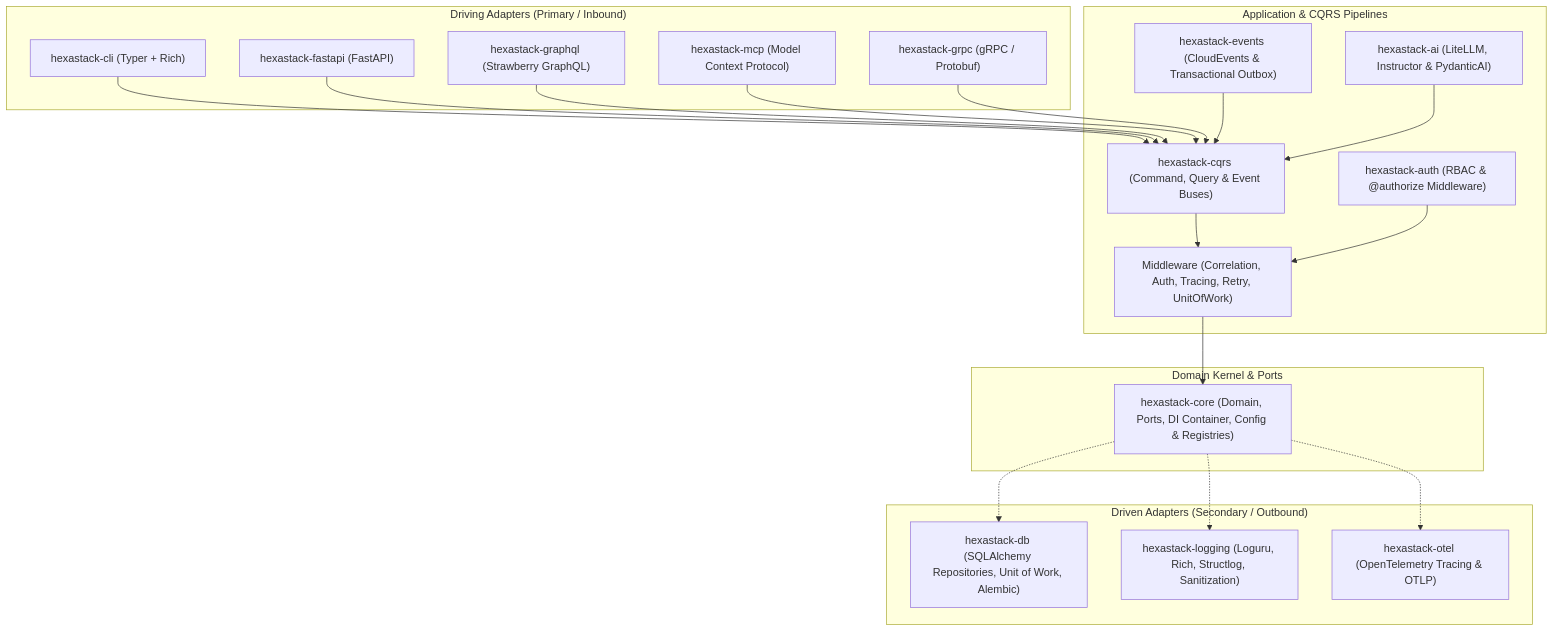
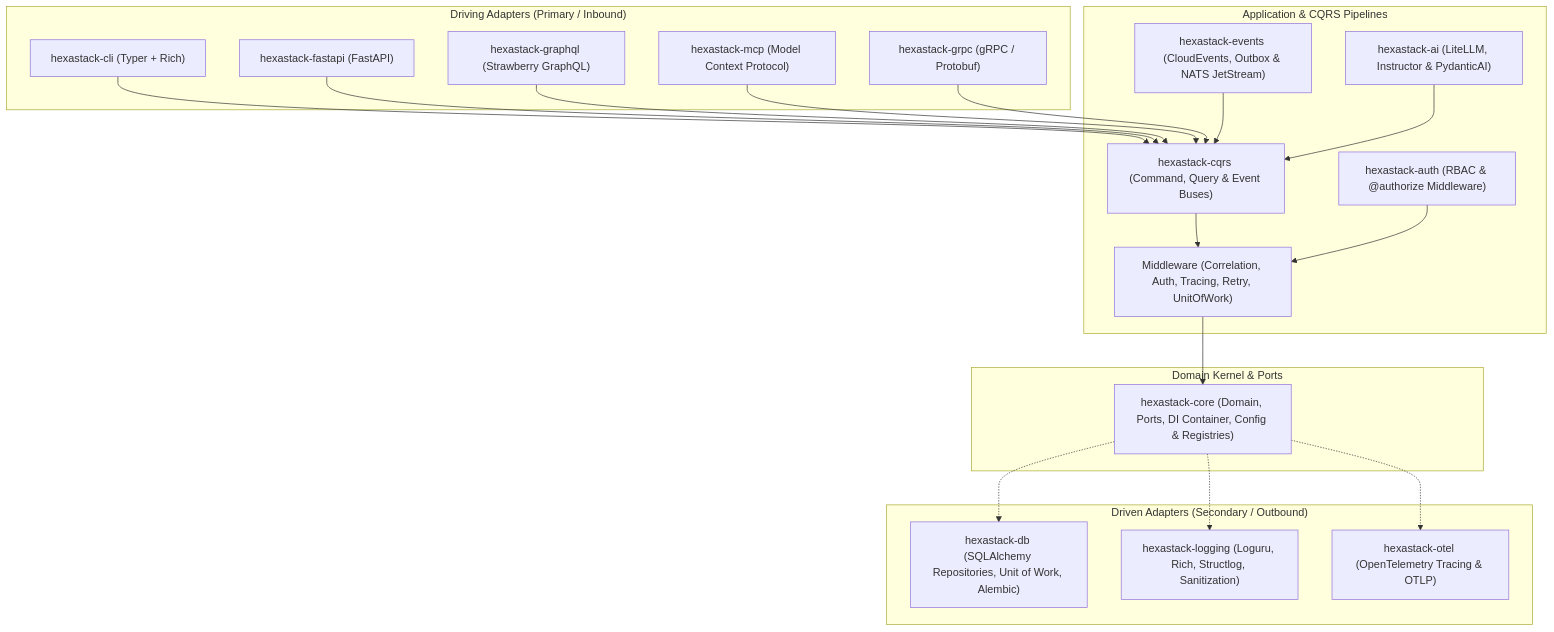
Before and after one commit to TheTrueSCU/hexastack: the first of 5 diagrams in README.md, drawn with Mermaid. The commit also changed other lines of this file and 10 other files, not shown here.

First line of the commit message:
feat(events): NATS JetStream event bus adapter & janus async-sync bridge (Issue #25) (#50)

````diff
--- a/README.md
+++ b/README.md
@@ -43,42 +43,42 @@
 ```mermaid
 graph TD
     subgraph DrivingAdapters ["Driving Adapters (Primary / Inbound)"]
         CLI["hexastack-cli (Typer + Rich)"]
         REST["hexastack-fastapi (FastAPI)"]
         GQL["hexastack-graphql (Strawberry GraphQL)"]
         GRPC["hexastack-grpc (gRPC / Protobuf)"]
         MCP["hexastack-mcp (Model Context Protocol)"]
     end
 
     subgraph CQRSExecution ["Application & CQRS Pipelines"]
         AI["hexastack-ai (LiteLLM, Instructor & PydanticAI)"]
         AUTH["hexastack-auth (RBAC & @authorize Middleware)"]
         BUS["hexastack-cqrs (Command, Query & Event Buses)"]
-        EVENTS["hexastack-events (CloudEvents & Transactional Outbox)"]
+        EVENTS["hexastack-events (CloudEvents, Outbox & NATS JetStream)"]
         MW["Middleware (Correlation, Auth, Tracing, Retry, UnitOfWork)"]
     end
 
     subgraph DomainKernel ["Domain Kernel & Ports"]
         CORE["hexastack-core (Domain, Ports, DI Container, Config & Registries)"]
     end
 
     subgraph DrivenAdapters ["Driven Adapters (Secondary / Outbound)"]
         DB["hexastack-db (SQLAlchemy Repositories, Unit of Work, Alembic)"]
         LOG["hexastack-logging (Loguru, Rich, Structlog, Sanitization)"]
         OTEL["hexastack-otel (OpenTelemetry Tracing & OTLP)"]
     end
 
     CLI --> BUS
     REST --> BUS
     GQL --> BUS
     MCP --> BUS
     GRPC --> BUS
     BUS --> MW
     AUTH --> MW
     EVENTS --> BUS
     AI --> BUS
     MW --> CORE
     CORE -.-> DB
     CORE -.-> LOG
     CORE -.-> OTEL
 ```
````
